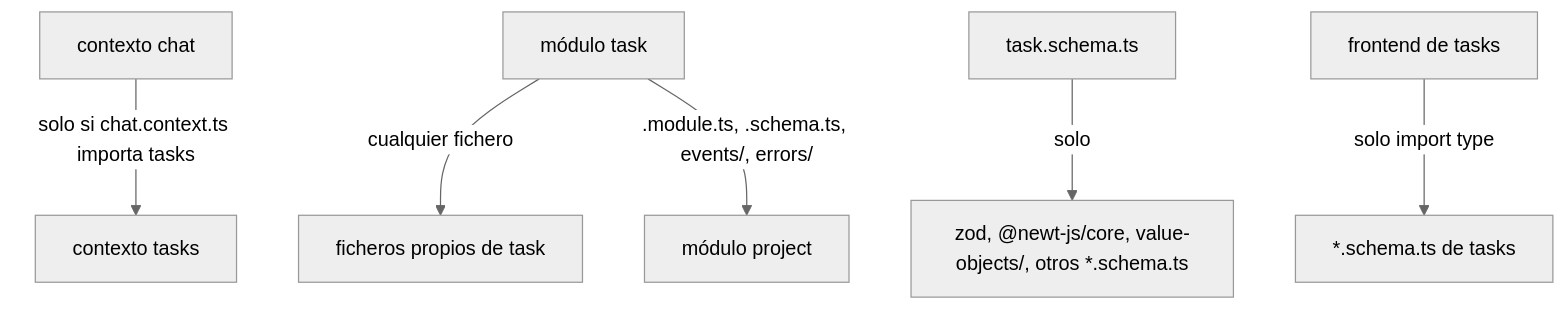
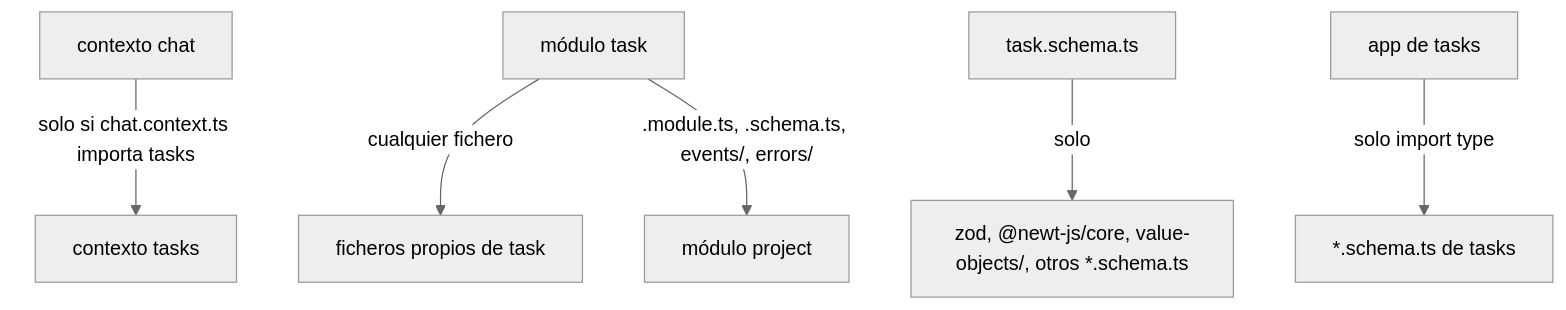
Before and after one commit to newt-js/newt: the diagram in web/src/content/docs/es/reference/lint.md, drawn with Mermaid (neutral theme). The commit also changed other lines of this file and 17 other files, not shown here.

````diff
--- a/web/src/content/docs/es/reference/lint.md
+++ b/web/src/content/docs/es/reference/lint.md
@@ -70,8 +70,8 @@
 ```mermaid
 flowchart TD
   chat["contexto chat"] -->|"solo si chat.context.ts importa tasks"| tasks["contexto tasks"]
   task["módulo task"] -->|"cualquier fichero"| own["ficheros propios de task"]
   task -->|".module.ts, .schema.ts, events/, errors/"| project["módulo project"]
   schema["task.schema.ts"] -->|"solo"| deps["zod, @newt-js/core, value-objects/, otros *.schema.ts"]
-  frontend["frontend de tasks"] -->|"solo import type"| schemas["*.schema.ts de tasks"]
+  frontend["app de tasks"] -->|"solo import type"| schemas["*.schema.ts de tasks"]
 ```
````
